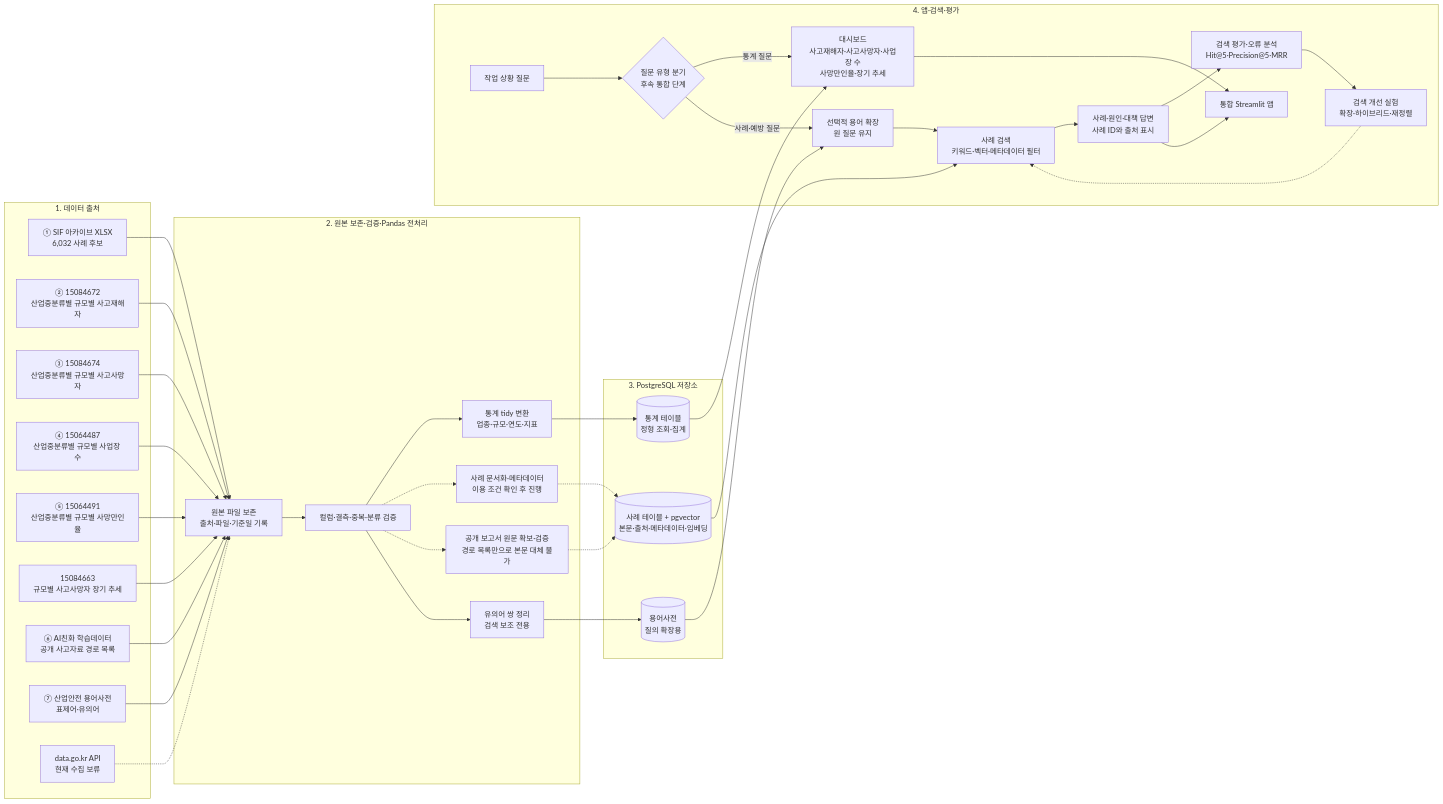
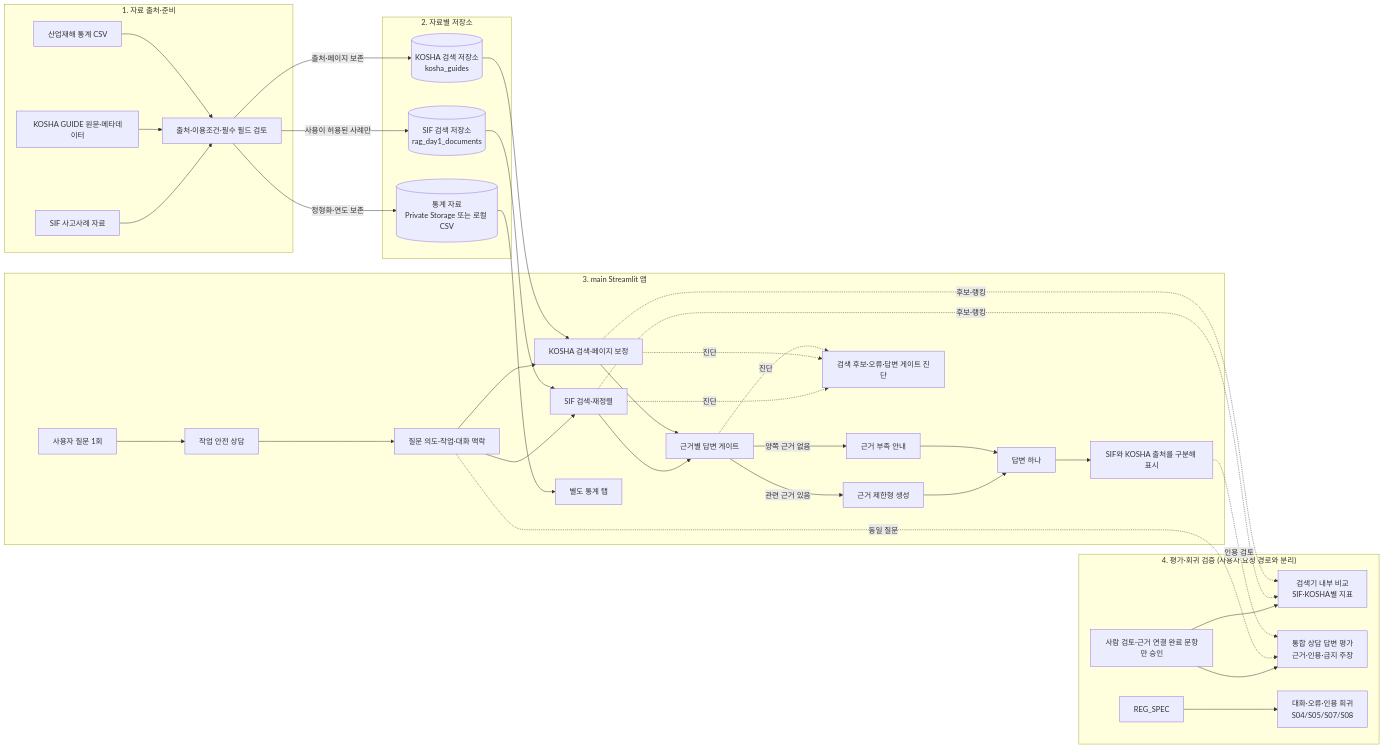
One commit to encore-ai-campus/mle-02-p1-team2 changed the second of 3 diagrams in docs/rag-architecture.md. Above: the diagram before and after it, drawn with Mermaid. The commit also changed other lines of this file and 30 other files, not shown here.

````diff
--- a/docs/rag-architecture.md
+++ b/docs/rag-architecture.md
@@ -199,76 +182,64 @@
-```mermaid
+~~~mermaid
 flowchart LR
-    subgraph SRC["1. 데이터 출처"]
-        SIF["① SIF 아카이브 XLSX<br/>6,032 사례 후보"]
-        INJ["② 15084672<br/>산업중분류별 규모별 사고재해자"]
-        FATAL["③ 15084674<br/>산업중분류별 규모별 사고사망자"]
-        WORK["④ 15064487<br/>산업중분류별 규모별 사업장 수"]
-        RATE["⑤ 15064491<br/>산업중분류별 규모별 사망만인율"]
-        TREND["15084663<br/>규모별 사고사망자 장기 추세"]
-        REPORT["⑥ AI친화 학습데이터<br/>공개 사고자료 경로 목록"]
-        WORDS["⑦ 산업안전 용어사전<br/>표제어·유의어"]
-        API["data.go.kr API<br/>현재 수집 보류"]
+    subgraph SOURCES["1. 자료 출처·준비"]
+        SIF_SRC["SIF 사고사례 자료"]
+        KOSHA_SRC["KOSHA GUIDE 원문·메타데이터"]
+        STATS_SRC["산업재해 통계 CSV"]
+        RIGHTS["출처·이용조건·필수 필드 검토"]
+        SIF_SRC --> RIGHTS
+        KOSHA_SRC --> RIGHTS
+        STATS_SRC --> RIGHTS
     end
 
-    subgraph PREP["2. 원본 보존·검증·Pandas 전처리"]
-        KEEP["원본 파일 보존<br/>출처·파일·기준일 기록"]
-        QA["컬럼·결측·중복·분류 검증"]
-        STATS["통계 tidy 변환<br/>업종·규모·연도·지표"]
-        CASE["사례 문서화·메타데이터<br/>이용 조건 확인 후 진행"]
-        REPORTS["공개 보고서 원문 확보·검증<br/>경로 목록만으로 본문 대체 불가"]
-        LEX["유의어 쌍 정리<br/>검색 보조 전용"]
+    subgraph STORES["2. 자료별 저장소"]
+        SIF_DB[("SIF 검색 저장소<br/>rag_day1_documents")]
+        KOSHA_DB[("KOSHA 검색 저장소<br/>kosha_guides")]
+        STATS_DB[("통계 자료<br/>Private Storage 또는 로컬 CSV")]
     end
+    RIGHTS -->|사용이 허용된 사례만| SIF_DB
+    RIGHTS -->|출처·페이지 보존| KOSHA_DB
+    RIGHTS -->|정형화·연도 보존| STATS_DB
 
-    subgraph DB["3. PostgreSQL 저장소"]
-        SQLDB[("통계 테이블<br/>정형 조회·집계")]
-        VECTORDB[("사례 테이블 + pgvector<br/>본문·출처·메타데이터·임베딩")]
-        GLOSSARY[("용어사전<br/>질의 확장용")]
+    subgraph APP["3. main Streamlit 앱"]
+        USER["사용자 질문 1회"]
+        CHAT["작업 안전 상담"]
+        CONTEXT["질문 의도·작업·대화 맥락"]
+        SIF_R["SIF 검색·재정렬"]
+        KOSHA_R["KOSHA 검색·페이지 보정"]
+        SAFE["근거별 답변 게이트"]
+        LLM["근거 제한형 생성"]
+        ABSTAIN["근거 부족 안내"]
+        ANSWER["답변 하나"]
+        SOURCES_OUT["SIF와 KOSHA 출처를 구분해 표시"]
+        DEBUG["검색 후보·오류·답변 게이트 진단"]
+        STATS_TAB["별도 통계 탭"]
+        USER --> CHAT --> CONTEXT
+        CONTEXT --> SIF_R
+        CONTEXT --> KOSHA_R
+        SIF_R --> SAFE
+        KOSHA_R --> SAFE
+        SAFE -->|관련 근거 있음| LLM --> ANSWER
+        SAFE -->|양쪽 근거 없음| ABSTAIN --> ANSWER
+        ANSWER --> SOURCES_OUT
+        SIF_R -. 진단 .-> DEBUG
+        KOSHA_R -. 진단 .-> DEBUG
+        SAFE -. 진단 .-> DEBUG
     end
+    SIF_DB --> SIF_R
+    KOSHA_DB --> KOSHA_R
+    STATS_DB --> STATS_TAB
 
-    subgraph APP["4. 앱·검색·평가"]
-        DASH["대시보드<br/>사고재해자·사고사망자·사업장 수<br/>사망만인율·장기 추세"]
-        ROUTER{"질문 유형 분기<br/>후속 통합 단계"}
-        Q["작업 상황 질문"]
-        EXPAND["선택적 용어 확장<br/>원 질문 유지"]
-        RETRIEVE["사례 검색<br/>키워드·벡터·메타데이터 필터"]
-        ANSWER["사례·원인·대책 답변<br/>사례 ID와 출처 표시"]
-        EVAL["검색 평가·오류 분석<br/>Hit@5·Precision@5·MRR"]
-        IMPROVE["검색 개선 실험<br/>확장·하이브리드·재정렬"]
-        UI["통합 Streamlit 앱"]
+    subgraph EVAL["4. 평가·회귀 검증 (사용자 요청 경로와 분리)"]
+        GOLD["사람 검토·근거 연결 완료 문항만 승인"]
+        RETR_EVAL["검색기 내부 비교<br/>SIF·KOSHA별 지표"]
+        CHAT_EVAL["통합 상담 답변 평가<br/>근거·인용·금지 주장"]
+        REGRESSION["대화·오류·인용 회귀<br/>S04/S05/S07/S08"]
+        GOLD --> RETR_EVAL
+        GOLD --> CHAT_EVAL
+        REG_SPEC --> REGRESSION
     end
-
-    SIF --> KEEP
-    INJ --> KEEP
-    FATAL --> KEEP
-    WORK --> KEEP
-    RATE --> KEEP
-    TREND --> KEEP
-    REPORT --> KEEP
-    WORDS --> KEEP
-    API -.-> KEEP
-
-    KEEP --> QA
-    QA --> STATS
-    QA -.-> CASE
-    QA -.-> REPORTS
-    QA --> LEX
-
-    STATS --> SQLDB
-    CASE -.-> VECTORDB
-    REPORTS -.-> VECTORDB
-    LEX --> GLOSSARY
-
-    SQLDB --> DASH
-    Q --> ROUTER
-    ROUTER -->|통계 질문| DASH
-    ROUTER -->|사례·예방 질문| EXPAND
-    GLOSSARY --> EXPAND
-    EXPAND --> RETRIEVE
-    VECTORDB --> RETRIEVE
-    RETRIEVE --> ANSWER
-    ANSWER --> EVAL
-    EVAL --> IMPROVE
-    IMPROVE -.-> RETRIEVE
-    DASH --> UI
-    ANSWER --> UI
-```
+    CONTEXT -. 동일 질문 .-> CHAT_EVAL
+    SIF_R -. 후보·랭킹 .-> RETR_EVAL
+    KOSHA_R -. 후보·랭킹 .-> RETR_EVAL
+    SOURCES_OUT -. 인용 검토 .-> CHAT_EVAL
+~~~
````
